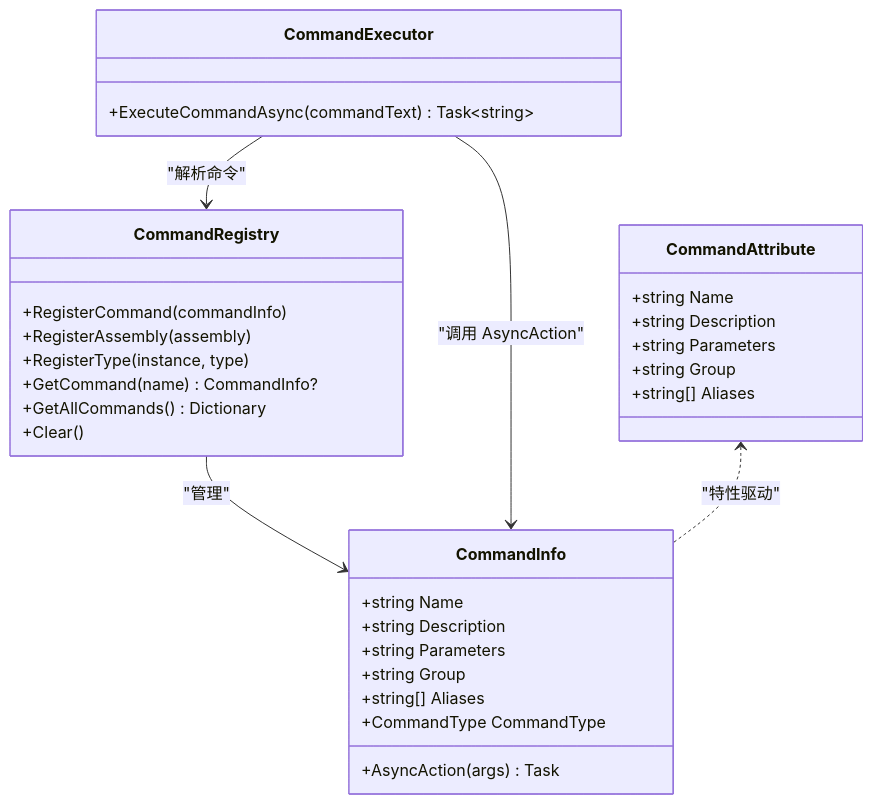
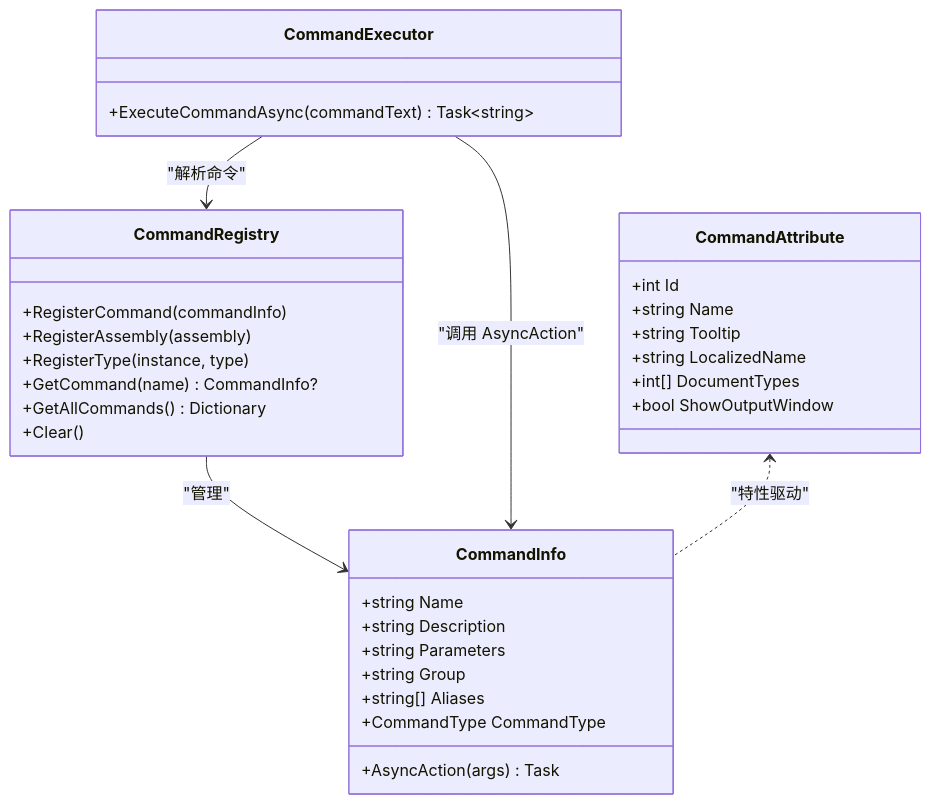
Before and after one commit to feudal1/my_csharp: the fourth of 10 diagrams in .qoder/repowiki/zh/content/SolidWorks 集成/SolidWorks 集成.md, drawn with Mermaid. The commit also changed other lines of this file and 6 other files, not shown here.

````diff
--- a/.qoder/repowiki/zh/content/SolidWorks 集成/SolidWorks 集成.md
+++ b/.qoder/repowiki/zh/content/SolidWorks 集成/SolidWorks 集成.md
@@ -210,34 +265,35 @@
 ```mermaid
 classDiagram
 class CommandRegistry {
 +RegisterCommand(commandInfo)
 +RegisterAssembly(assembly)
 +RegisterType(instance, type)
 +GetCommand(name) CommandInfo?
 +GetAllCommands() Dictionary
 +Clear()
 }
 class CommandExecutor {
 +ExecuteCommandAsync(commandText) Task~string~
 }
 class CommandAttribute {
++int Id
 +string Name
-+string Description
-+string Parameters
-+string Group
-+string[] Aliases
++string Tooltip
++string LocalizedName
++int[] DocumentTypes
++bool ShowOutputWindow
 }
 class CommandInfo {
 +string Name
 +string Description
 +string Parameters
 +string Group
 +string[] Aliases
 +CommandType CommandType
 +AsyncAction(args) Task
 }
 CommandRegistry --> CommandInfo : "管理"
 CommandExecutor --> CommandRegistry : "解析命令"
 CommandExecutor --> CommandInfo : "调用 AsyncAction"
 CommandAttribute <.. CommandInfo : "特性驱动"
 ```
````
